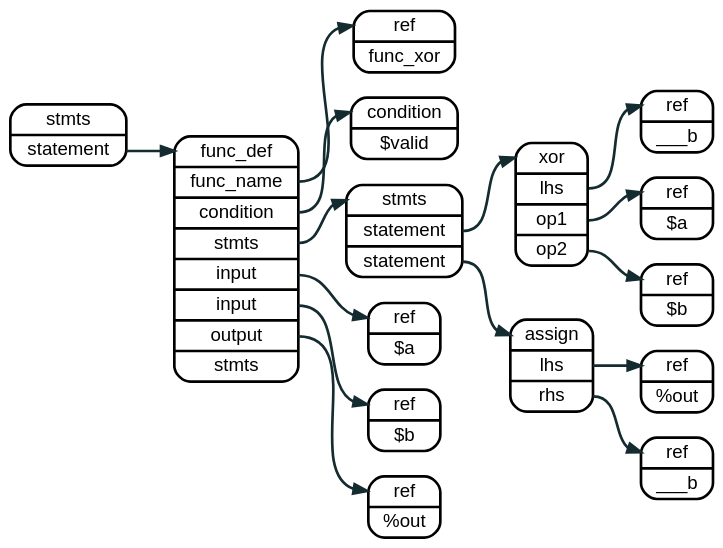
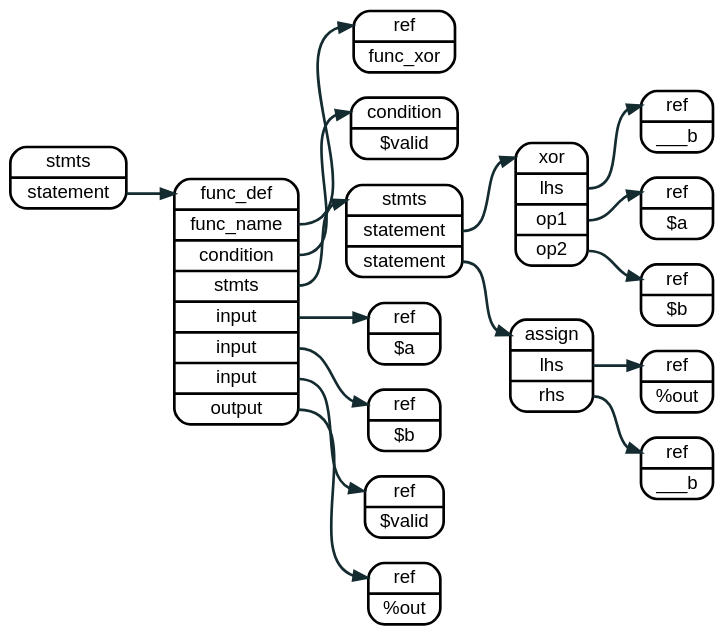
One commit to sakshi15108/lnast-doc changed the diagram in source/graphviz/function_def_conditional.dot. Above: the diagram before and after it, drawn with Graphviz. The commit also changed 14 other files, not shown here.

```diff
--- a/source/graphviz/function_def_conditional.dot
+++ b/source/graphviz/function_def_conditional.dot
@@ -1,47 +1,50 @@
 digraph assign {
   rankdir=LR
   bgcolor="transparent"
 
   node  [fontname = "helvetica", shape=record, style="rounded", penwidth = 2];
   edge  [fontname = "helvetica", color="#142b30", arrowhead="normal", penwidth = 2];
   graph [fontname = "helvetica"];
 
   
 
   node0 [label = "<a> stmts | <s1> statement"];
-  node1 [label = "<a> func_def | <n> func_name | <cond> condition | <stmts> stmts |<io1> input | <io2> input |  <io3> output | <stmts> stmts"]
+  node1 [label = "<a> func_def | <n> func_name | <cond> condition | <stmts>
+  stmts |<io1> input | <io2> input |  <io3> input | <io4> output "]
   node2 [label = "<a> ref   | <l> func_xor"];
   node3 [label = "<a> ref   | <l> $a"];
   node4 [label = "<a> ref   | <l> $b"];
+  nodex [label = "<a> ref   | <l> $valid"];
   node5 [label = "<a> ref   | <l> %out"];
   node6 [label = "<a> stmts | <s1> statement | <s2> statement"];
 
   node7 [label = "<a> xor | <l> lhs | <r1> op1 | <r2> op2 "];
   node8 [label = "<a> ref   | <l> ___b"];
   node9 [label = "<a> ref   | <l> $a"];
   nodea [label = "<a> ref   | <l> $b"];
 
   nodeb [label = "<a> assign | <l> lhs  | <r> rhs"];
   nodec [label = "<a> ref   | <l> %out"];
   noded [label = "<a> ref   | <l> ___b"];
 
   nodee [label = "<a> condition | <l> $valid"];
 
   node0:s1  -> node1:a;
   node1:n   -> node2:a;
   node1:stmts -> node6:a;
   node1:cond  -> nodee:a;
   node1:io1 -> node3:a;
   node1:io2 -> node4:a;
-  node1:io3 -> node5:a;
+  node1:io3 -> nodex:a;
+  node1:io4 -> node5:a;
 
   node6:s1 -> node7:a;
   node6:s2 -> nodeb:a;
 
   node7:l -> node8:a;
   node7:r1 -> node9:a;
   node7:r2 -> nodea:a;
   
   nodeb:l -> nodec:a;
   nodeb:r -> noded:a;
 }
```
